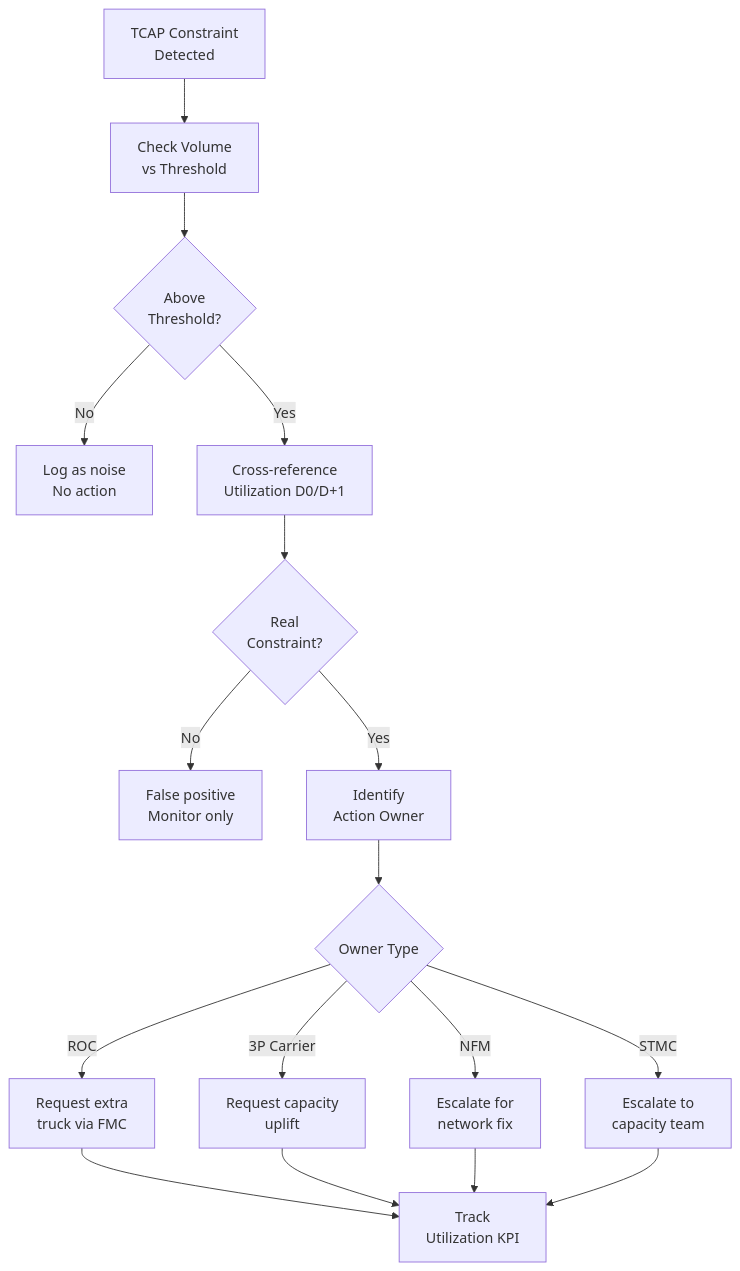
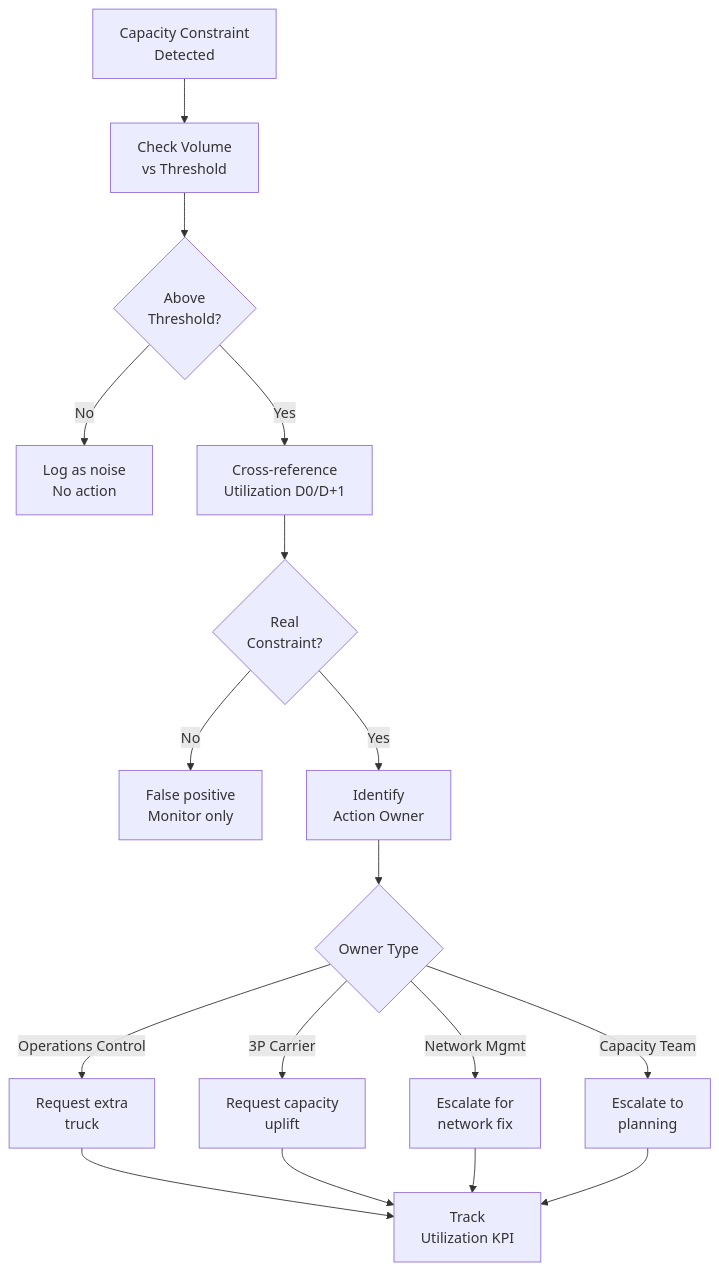
Before and after one commit to bladijm-design/operations-audit-portfolio: the second of 3 diagrams in 04-tcap-capacity-audit/README.md, drawn with Mermaid. The commit also changed other lines of this file and 6 other files, not shown here.

````diff
--- a/04-tcap-capacity-audit/README.md
+++ b/04-tcap-capacity-audit/README.md
@@ -40,19 +40,19 @@
 ```mermaid
 flowchart TD
-    A[TCAP Constraint<br/>Detected] --> B[Check Volume<br/>vs Threshold]
+    A[Capacity Constraint<br/>Detected] --> B[Check Volume<br/>vs Threshold]
     B --> C{Above<br/>Threshold?}
     C -->|No| D[Log as noise<br/>No action]
     C -->|Yes| E[Cross-reference<br/>Utilization D0/D+1]
     E --> F{Real<br/>Constraint?}
     F -->|No| G[False positive<br/>Monitor only]
     F -->|Yes| H[Identify<br/>Action Owner]
     H --> I{Owner Type}
-    I -->|ROC| J[Request extra<br/>truck via FMC]
+    I -->|Operations Control| J[Request extra<br/>truck]
     I -->|3P Carrier| K[Request capacity<br/>uplift]
-    I -->|NFM| L[Escalate for<br/>network fix]
-    I -->|STMC| M[Escalate to<br/>capacity team]
+    I -->|Network Mgmt| L[Escalate for<br/>network fix]
+    I -->|Capacity Team| M[Escalate to<br/>planning]
     J --> N[Track<br/>Utilization KPI]
     K --> N
     L --> N
     M --> N
 ```
````
